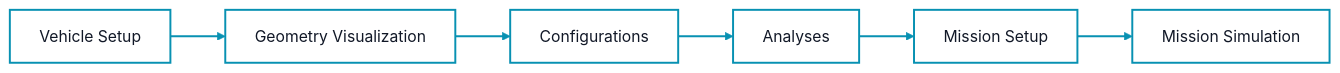
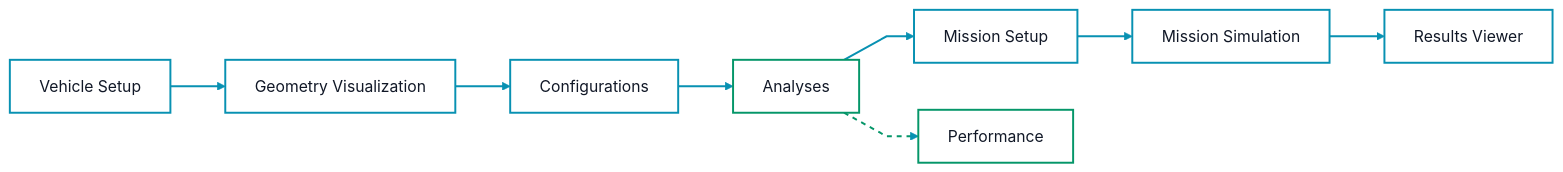
Before and after one commit to leadsgroup/RCAIDE_GUI: the diagram in README.md, drawn with Mermaid. The commit also changed other lines of this file, not shown here.

````diff
--- a/README.md
+++ b/README.md
@@ -66,20 +66,27 @@
 ```mermaid
 %%{init: {'theme': 'base', 'themeVariables': {'primaryColor': '#FFFFFF', 'primaryBorderColor': '#0891B2', 'primaryTextColor': '#111827', 'lineColor': '#0891B2', 'fontFamily': 'Inter, ui-sans-serif, system-ui, sans-serif'}, 'flowchart': {'curve': 'linear', 'nodeSpacing': 48, 'rankSpacing': 56}}}%%
 flowchart LR
     VS["Vehicle Setup"]
     GV["Geometry Visualization"]
     CS["Configurations"]
     AS["Analyses"]
     MS["Mission Setup"]
     SIM["Mission Simulation"]
+    RV["Results Viewer"]
+    PF["Performance"]
 
     VS --> GV
     GV --> CS
     CS --> AS
     AS --> MS
     MS --> SIM
+    SIM --> RV
+    AS --> PF
 
     classDef workflow fill:#FFFFFF,stroke:#0891B2,stroke-width:2px,color:#111827;
-    class VS,GV,CS,AS,MS,SIM workflow;
+    classDef analysis fill:#FFFFFF,stroke:#059669,stroke-width:2px,color:#111827;
+    class VS,GV,CS,MS,SIM,RV workflow;
+    class AS,PF analysis;
     linkStyle default stroke:#0891B2,stroke-width:2px;
+    linkStyle 6 stroke:#059669,stroke-width:2px,stroke-dasharray:5 5;
 ```
````
